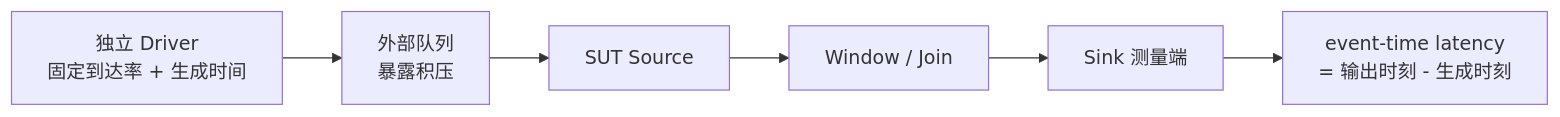
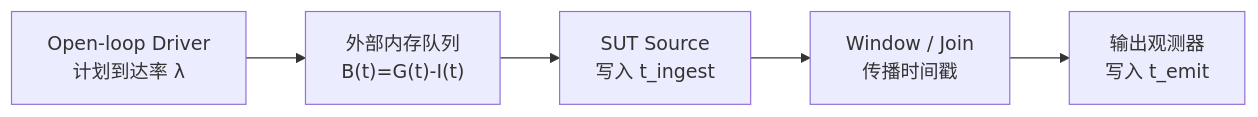
One commit to nzw921rx/nzw921rx-blog changed the second of 3 diagrams in content/posts/rigorous-java-stream-benchmarking.md. Above: the diagram before and after it, drawn with Mermaid. The commit also changed other lines of this file, not shown here.

````diff
--- a/content/posts/rigorous-java-stream-benchmarking.md
+++ b/content/posts/rigorous-java-stream-benchmarking.md
@@ -307,8 +616,7 @@
 ```mermaid
 flowchart LR
-    G["独立 Driver<br/>固定到达率 + 生成时间"] --> Q["外部队列<br/>暴露积压"]
-    Q --> S["SUT Source"]
-    S --> O["Window / Join"]
-    O --> K["Sink 测量端"]
-    K --> L["event-time latency<br/>= 输出时刻 - 生成时刻"]
+    D["Open-loop Driver<br/>计划到达率 λ"] --> Q["外部内存队列<br/>B(t)=G(t)-I(t)"]
+    Q --> S["SUT Source<br/>写入 t_ingest"]
+    S --> W["Window / Join<br/>传播时间戳"]
+    W --> O["输出观测器<br/>写入 t_emit"]
 ```
````
